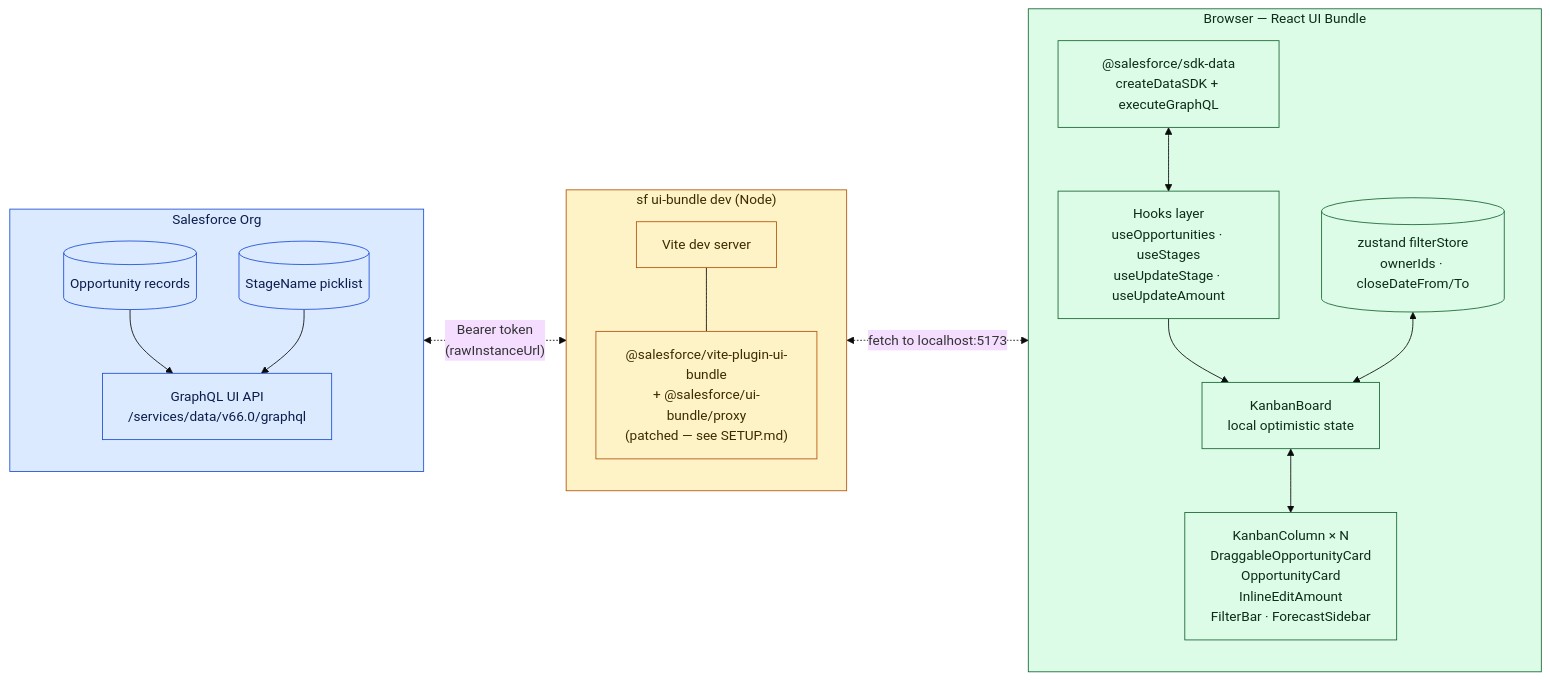
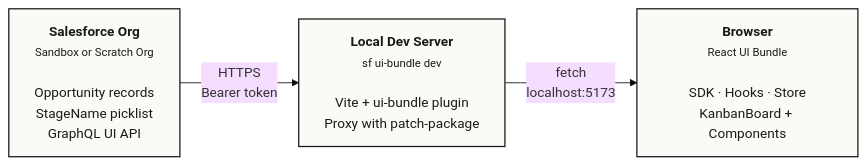
The diagram in README.md (rammc/sf-react-pipeline-kanban), drawn with Mermaid (base theme) before and after one commit. The commit also changed other lines of this file and 1 other file, not shown here.

````diff
--- a/README.md
+++ b/README.md
@@ -80,42 +80,14 @@
 ```mermaid
 flowchart LR
-  subgraph SF["Salesforce Org"]
-    direction TB
-    Opportunity[(Opportunity records)]
-    Picklist[(StageName picklist)]
-    GraphQL["GraphQL UI API<br/>/services/data/v66.0/graphql"]
-    Opportunity --> GraphQL
-    Picklist --> GraphQL
-  end
+  Org["<b>Salesforce Org</b><br/><small>Sandbox or Scratch Org</small><br/><br/>Opportunity records<br/>StageName picklist<br/>GraphQL UI API"]
 
-  subgraph Proxy["sf ui-bundle dev (Node)"]
-    direction TB
-    Vite["Vite dev server"]
-    Plugin["@salesforce/vite-plugin-ui-bundle<br/>+ @salesforce/ui-bundle/proxy<br/>(patched — see SETUP.md)"]
-    Vite --- Plugin
-  end
+  Dev["<b>Local Dev Server</b><br/><small>sf ui-bundle dev</small><br/><br/>Vite + ui-bundle plugin<br/>Proxy with patch-package"]
 
-  subgraph Browser["Browser — React UI Bundle"]
-    direction TB
-    SDK["@salesforce/sdk-data<br/>createDataSDK + executeGraphQL"]
-    Hooks["Hooks layer<br/>useOpportunities · useStages<br/>useUpdateStage · useUpdateAmount"]
-    Store[("zustand filterStore<br/>ownerIds · closeDateFrom/To")]
-    Board["KanbanBoard<br/>local optimistic state"]
-    Cmp["KanbanColumn × N<br/>DraggableOpportunityCard<br/>OpportunityCard<br/>InlineEditAmount<br/>FilterBar · ForecastSidebar"]
+  Browser["<b>Browser</b><br/><small>React UI Bundle</small><br/><br/>SDK · Hooks · Store<br/>KanbanBoard + Components"]
 
-    SDK <--> Hooks
-    Hooks --> Board
-    Store <--> Board
-    Board <--> Cmp
-  end
+  Org -->|"HTTPS<br/>Bearer token"| Dev
+  Dev -->|"fetch<br/>localhost:5173"| Browser
 
-  GraphQL <-. "Bearer token<br/>(rawInstanceUrl)" .-> Plugin
-  Plugin <-. "fetch to localhost:5173" .-> SDK
-
-  classDef sf fill:#dbeafe,stroke:#1d4ed8,color:#0b1d4d
-  classDef proxy fill:#fef3c7,stroke:#b45309,color:#3c2c00
-  classDef browser fill:#dcfce7,stroke:#166534,color:#0c2d18
-  class SF,Opportunity,Picklist,GraphQL sf
-  class Proxy,Vite,Plugin proxy
-  class Browser,SDK,Hooks,Store,Board,Cmp browser
+  classDef tier fill:#fbfaf6,stroke:#1a1a1a,stroke-width:1.5px,color:#1a1a1a
+  class Org,Dev,Browser tier
 ```
````
